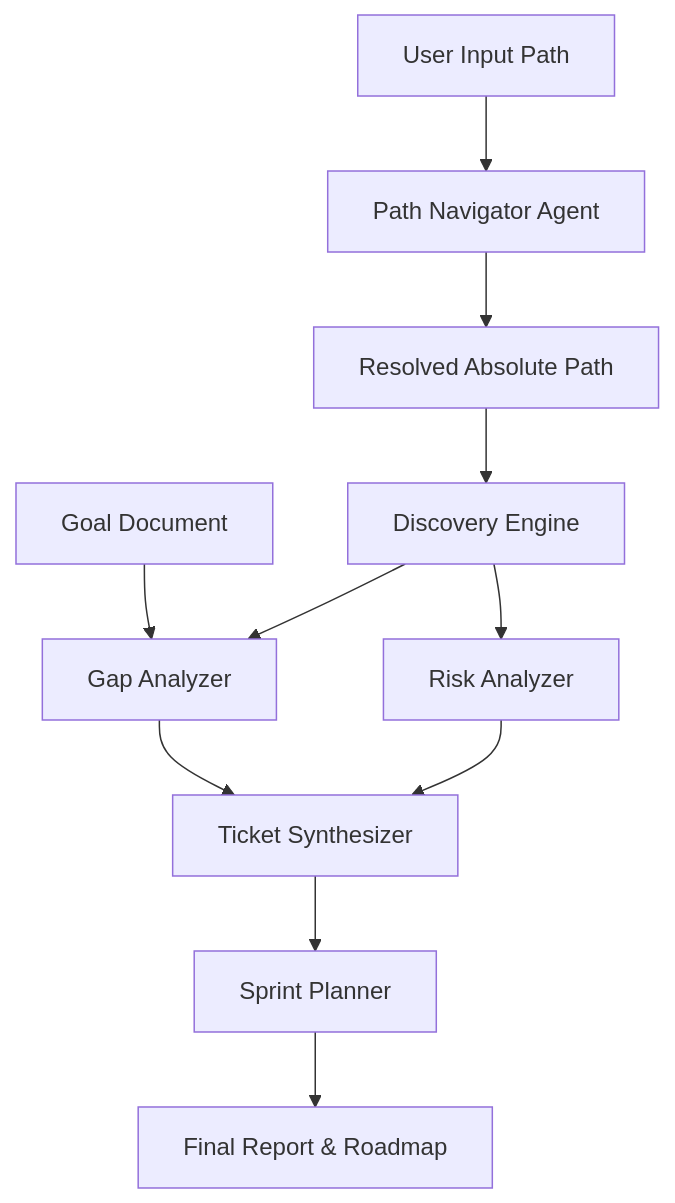
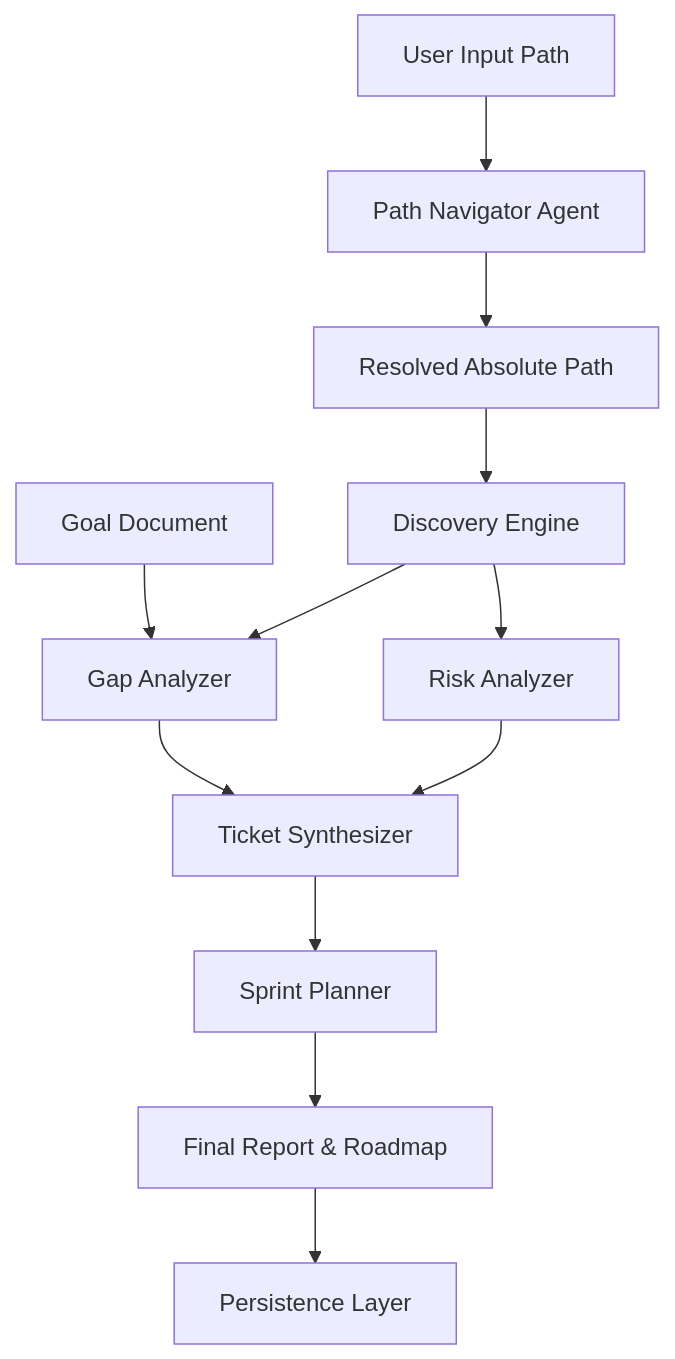
One commit to Hami0095/ai-architecture changed the diagram in ARCHAI_DESIGN.md. Above: the diagram before and after it, drawn with Mermaid. The commit also changed other lines of this file and 1 other file, not shown here.

Commit message:
Finalize Infrastructure: Integrate logging, config, security, and persistence into Orchestrator and Docs

````diff
--- a/ARCHAI_DESIGN.md
+++ b/ARCHAI_DESIGN.md
@@ -9,13 +9,14 @@
 ```mermaid
 graph TD
     UserIn[User Input Path] --> PN[Path Navigator Agent]
     PN --> A[Resolved Absolute Path]
     A --> B[Discovery Engine]
     C[Goal Document] --> D[Gap Analyzer]
     B --> D
     B --> E[Risk Analyzer]
     D --> F[Ticket Synthesizer]
     E --> F
     F --> G[Sprint Planner]
     G --> H[Final Report & Roadmap]
+    H --> P[Persistence Layer]
 ```
````
